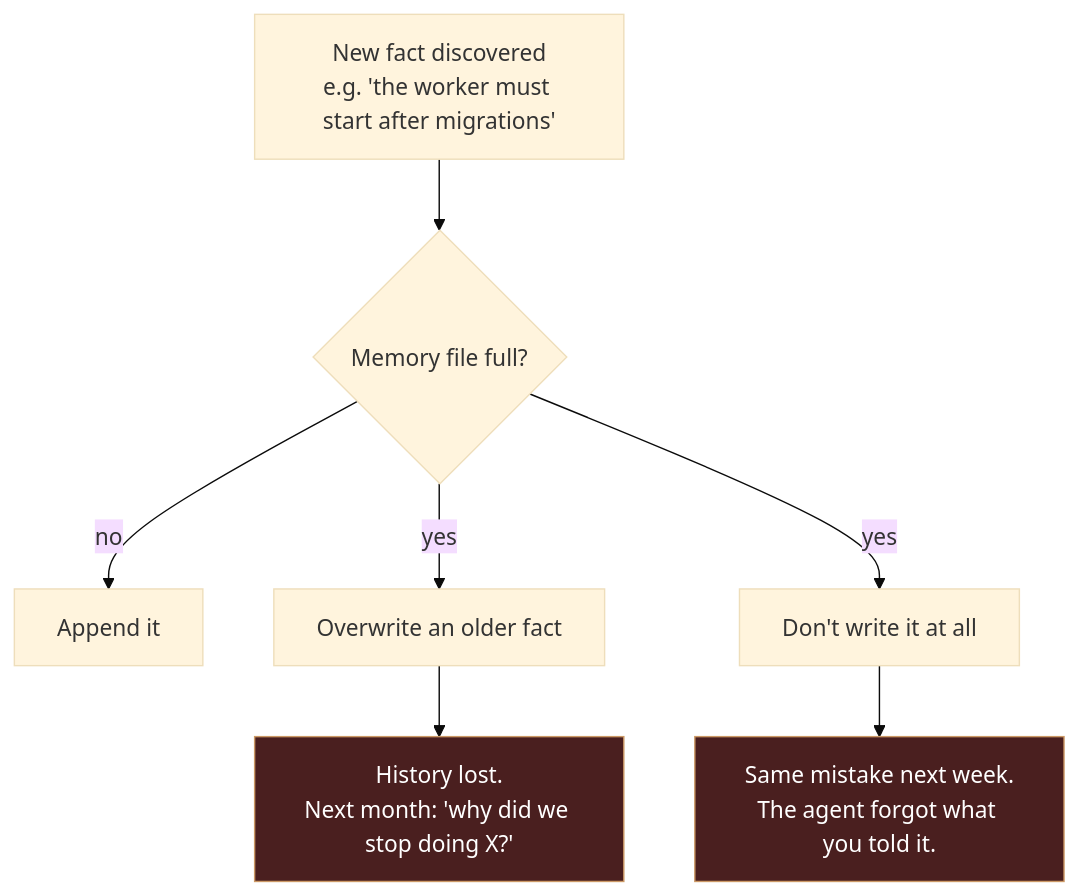
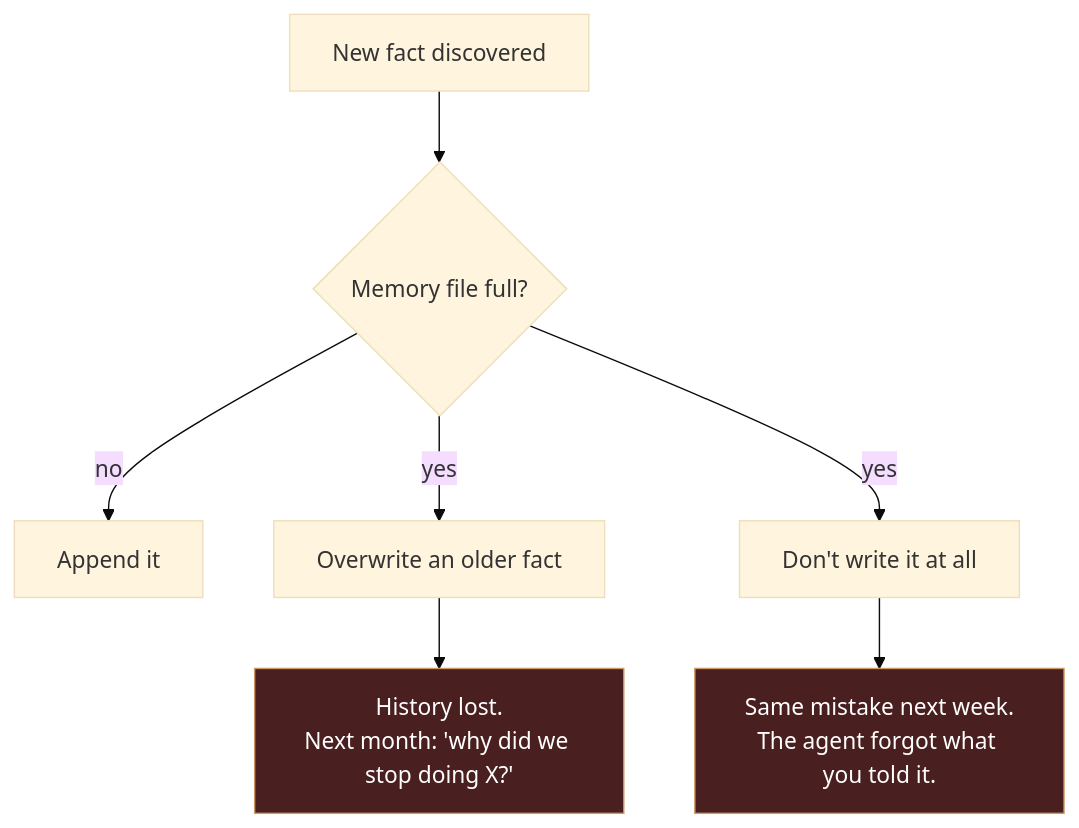
Before and after one commit to QINXIN111/tiered-memory: the second of 6 diagrams in README.md, drawn with Mermaid (base theme). The commit also changed other lines of this file and 1 other file, not shown here.

Commit message:
docs: simplify a diagram node

````diff
--- a/README.md
+++ b/README.md
@@ -42,11 +43,11 @@
 ```mermaid
 flowchart TD
-    A["New fact discovered<br/>e.g. 'the worker must start after migrations'"] --> B{"Memory file full?"}
+    A["New fact discovered"] --> B{"Memory file full?"}
     B -- no --> C["Append it"]
     B -- yes --> D["Overwrite an older fact"]
     B -- yes --> E["Don't write it at all"]
     D --> F["History lost.<br/>Next month: 'why did we stop doing X?'"]
     E --> G["Same mistake next week.<br/>The agent forgot what you told it."]
     style F fill:#4a1f1f,stroke:#c96,color:#fff
     style G fill:#4a1f1f,stroke:#c96,color:#fff
 ```
````
